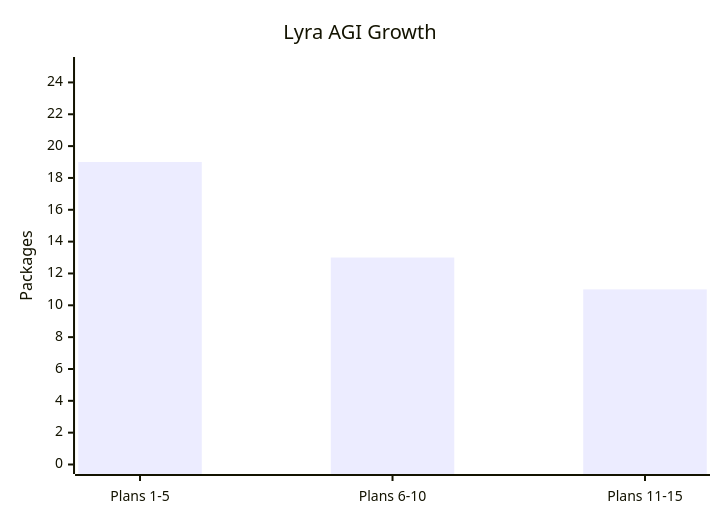
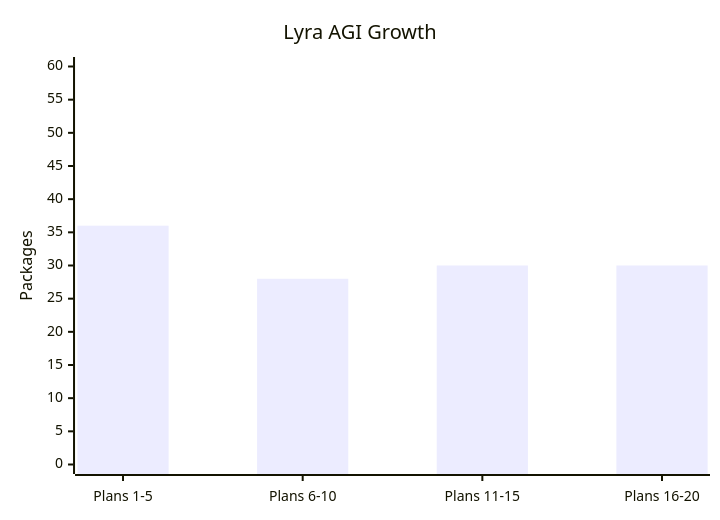
Before and after one commit to ndqkhanh/lyra: the second of 5 diagrams in README.md, drawn with Mermaid. The commit also changed other lines of this file, not shown here.

First line of the commit message:
📚 Rewrite README: 124 packages, 20 plans, 5 mermaid diagrams, 23 research waves

````diff
--- a/README.md
+++ b/README.md
@@ -53,7 +58,7 @@
 ```mermaid
 xychart-beta
     title "Lyra AGI Growth"
-    x-axis ["Plans 1-5", "Plans 6-10", "Plans 11-15"]
-    y-axis "Packages" 0 --> 25
-    bar [19, 13, 11]
+    x-axis ["Plans 1-5", "Plans 6-10", "Plans 11-15", "Plans 16-20"]
+    y-axis "Packages" 0 --> 60
+    bar [36, 28, 30, 30]
 ```
````
